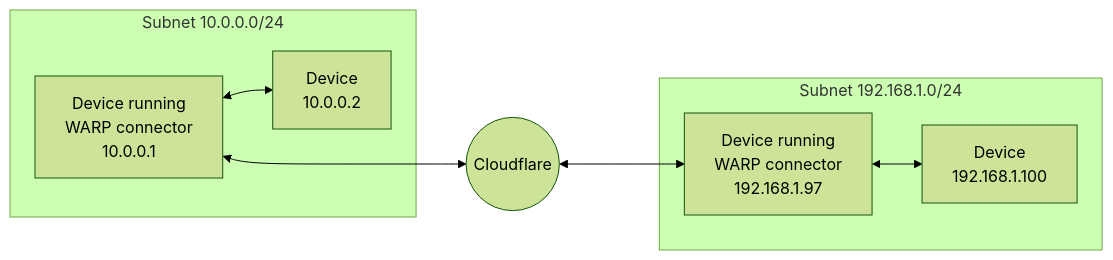
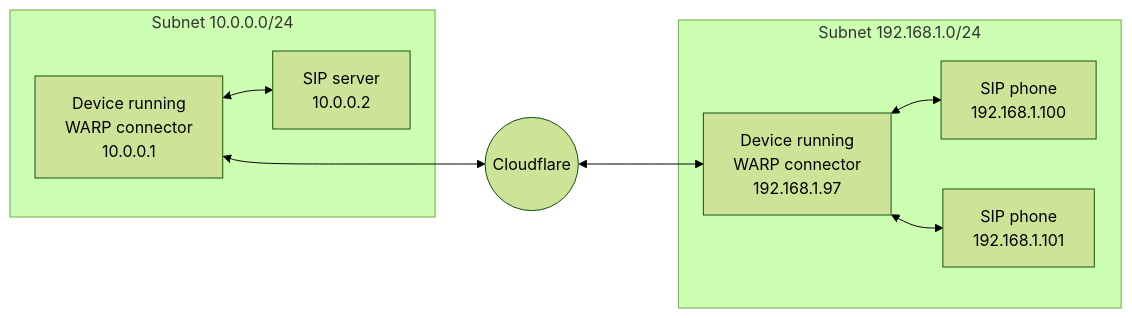
Before and after one commit to cloudflare/cloudflare-docs: the first of 4 diagrams in content/cloudflare-one/connections/connect-networks/private-net/warp-connector.md, drawn with Mermaid (forest theme). The commit also changed other lines of this file, not shown here.

````diff
--- a/content/cloudflare-one/connections/connect-networks/private-net/warp-connector.md
+++ b/content/cloudflare-one/connections/connect-networks/private-net/warp-connector.md
@@ -18,18 +18,21 @@
 ```mermaid
     flowchart LR
       accTitle: WARP connector as a subnet router
       subgraph subnet1[Subnet 10.0.0.0/24]
         router1["Device running 
         WARP connector
-        10.0.0.1"]<-->device1["Device
+        10.0.0.1"]<-->device1a["SIP server
         10.0.0.2"]
+
       end
       subgraph subnet2[Subnet 192.168.1.0/24]
         router2["Device running 
         WARP connector
-        192.168.1.97"]<-->device2["Device
+        192.168.1.97"]<-->device2a["SIP phone
         192.168.1.100"]
+        router2<-->device2b["SIP phone
+        192.168.1.101"]
       end
       router1<--->C((Cloudflare))<--->router2
 
 ```
````
